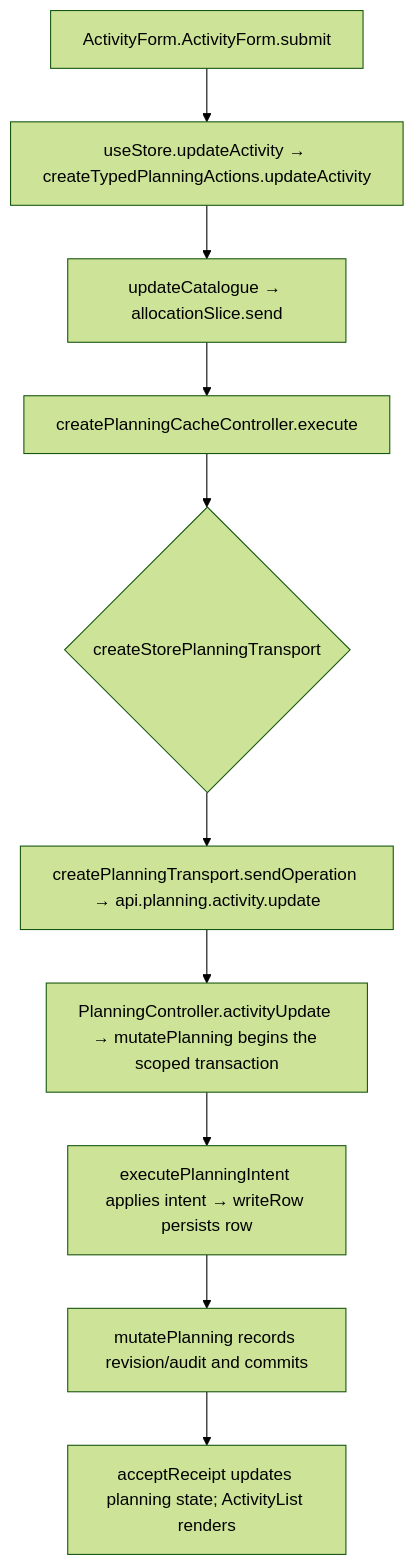
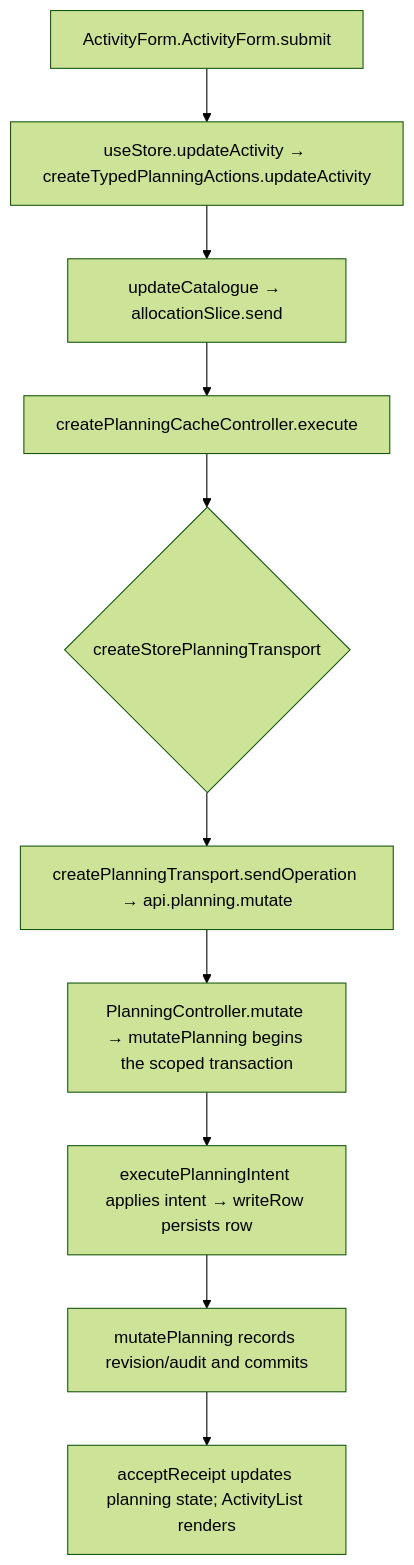
One commit to Kevinjohn/capacitylens changed the second of 2 diagrams in user-stories/activities/US-ACT-03-edit-activity.md. Above: the diagram before and after it, drawn with Mermaid (forest theme). The commit also changed 115 other files, not shown here.

````diff
--- a/user-stories/activities/US-ACT-03-edit-activity.md
+++ b/user-stories/activities/US-ACT-03-edit-activity.md
@@ -39,8 +39,8 @@
 ```mermaid
 flowchart TD
   A["ActivityForm.ActivityForm.submit"] --> B["useStore.updateActivity → createTypedPlanningActions.updateActivity"]
   B --> C["updateCatalogue → allocationSlice.send"]
   C --> D["createPlanningCacheController.execute"] --> E{"createStorePlanningTransport"}
-  E --> F["createPlanningTransport.sendOperation → api.planning.activity.update"] --> G["PlanningController.activityUpdate → mutatePlanning begins the scoped transaction"]
+  E --> F["createPlanningTransport.sendOperation → api.planning.mutate"] --> G["PlanningController.mutate → mutatePlanning begins the scoped transaction"]
   G --> H["executePlanningIntent applies intent → writeRow persists row"] --> K["mutatePlanning records revision/audit and commits"] --> J["acceptReceipt updates planning state; ActivityList renders"]
 ```
````
